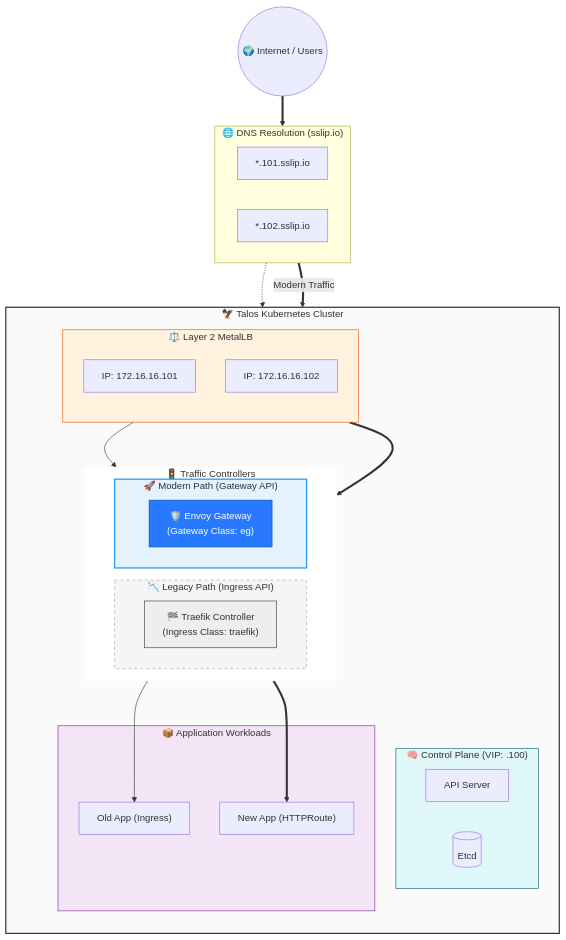
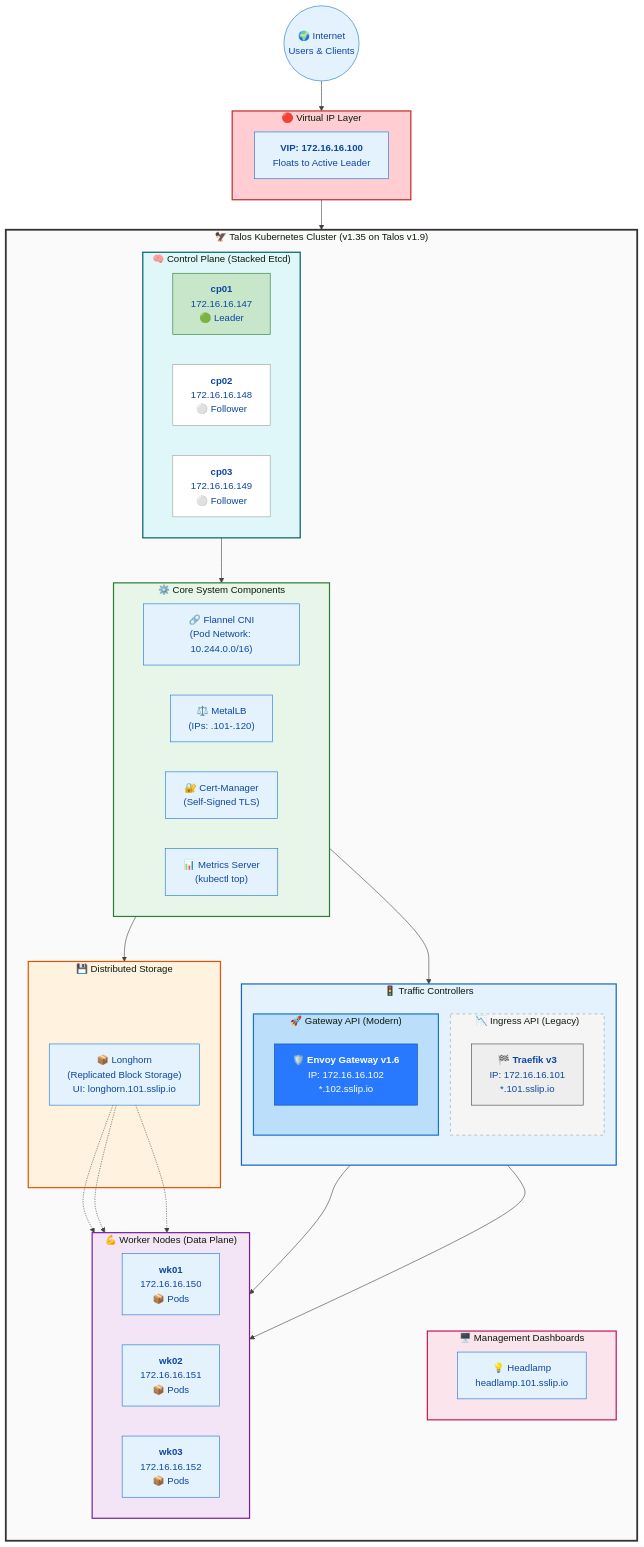
The diagram in readme.md (engabelal/kubernetes-ha-talos), drawn with Mermaid before and after one commit. The commit also changed other lines of this file and 2 other files, not shown here.

Commit message:
docs: premium architecture diagrams, polished documentation, and add .gitignore

````diff
--- a/readme.md
+++ b/readme.md
@@ -85,70 +86,114 @@
 ```mermaid
-graph TD
-    %% Users and DNS
-    user(("🌍 Internet / Users"))
+%%{init: {'theme': 'base', 'themeVariables': { 'primaryColor': '#e3f2fd', 'primaryTextColor': '#0d47a1', 'primaryBorderColor': '#1976d2', 'lineColor': '#424242', 'secondaryColor': '#fff3e0', 'tertiaryColor': '#f3e5f5'}}}%%
 
-    subgraph DNS ["🌐 DNS Resolution (sslip.io)"]
-        direction LR
-        dns_legacy["*.101.sslip.io"]
-        dns_modern["*.102.sslip.io"]
+graph TB
+    %% ═══════════════════════════════════════════════════════════════════════
+    %% EXTERNAL LAYER
+    %% ═══════════════════════════════════════════════════════════════════════
+    user(("🌍 Internet<br/>Users & Clients"))
+
+    subgraph VIP_LAYER ["🔴 Virtual IP Layer"]
+        vip["<b>VIP: 172.16.16.100</b><br/>Floats to Active Leader"]
     end
 
-    %% Network Entry
-    subgraph Cluster ["🦅 Talos Kubernetes Cluster"]
+    %% ═══════════════════════════════════════════════════════════════════════
+    %% CONTROL PLANE
+    %% ═══════════════════════════════════════════════════════════════════════
+    subgraph CLUSTER ["🦅 Talos Kubernetes Cluster (v1.35 on Talos v1.9)"]
         direction TB
 
-        %% Control Plane
-        subgraph CP ["🧠 Control Plane (VIP: .100)"]
-            api["API Server"]
-            etcd[("Etcd")]
+        subgraph CP ["🧠 Control Plane (Stacked Etcd)"]
+            direction LR
+            cp1["<b>cp01</b><br/>172.16.16.147<br/>🟢 Leader"]
+            cp2["<b>cp02</b><br/>172.16.16.148<br/>⚪ Follower"]
+            cp3["<b>cp03</b><br/>172.16.16.149<br/>⚪ Follower"]
         end
 
-        %% Layer 2 Load Balancing
-        subgraph L2 ["⚖️ Layer 2 MetalLB"]
-            direction TB
-            ip_traefik["IP: 172.16.16.101"]
-            ip_envoy["IP: 172.16.16.102"]
+        %% ═══════════════════════════════════════════════════════════════════
+        %% SYSTEM COMPONENTS
+        %% ═══════════════════════════════════════════════════════════════════
+        subgraph SYSTEM ["⚙️ Core System Components"]
+            direction LR
+            flannel["🔗 Flannel CNI<br/>(Pod Network: 10.244.0.0/16)"]
+            metallb["⚖️ MetalLB<br/>(IPs: .101-.120)"]
+            certmgr["🔐 Cert-Manager<br/>(Self-Signed TLS)"]
+            metrics["📊 Metrics Server<br/>(kubectl top)"]
         end
 
-        %% Layer 7 Routing (The Core Request)
-        subgraph L7 ["🚦 Traffic Controllers"]
-            direction LR
+        %% ═══════════════════════════════════════════════════════════════════
+        %% STORAGE
+        %% ═══════════════════════════════════════════════════════════════════
+        subgraph STORAGE ["💾 Distributed Storage"]
+            longhorn["📦 Longhorn<br/>(Replicated Block Storage)<br/>UI: longhorn.101.sslip.io"]
+        end
 
-            subgraph Path1 ["📉 Legacy Path (Ingress API)"]
-                style Path1 fill:#f5f5f5,stroke:#9e9e9e,stroke-dasharray: 5 5
-                traefik["🏁 Traefik Controller<br/>(Ingress Class: traefik)"]
+        %% ═══════════════════════════════════════════════════════════════════
+        %% TRAFFIC CONTROLLERS
+        %% ═══════════════════════════════════════════════════════════════════
+        subgraph INGRESS ["🚦 Traffic Controllers"]
+            direction TB
+
+            subgraph INGRESS_API ["📉 Ingress API (Legacy)"]
+                traefik["🏁 <b>Traefik v3</b><br/>IP: 172.16.16.101<br/>*.101.sslip.io"]
             end
 
-            subgraph Path2 ["🚀 Modern Path (Gateway API)"]
-                style Path2 fill:#e3f2fd,stroke:#2196f3,stroke-width:2px
-                envoy["🛡️ Envoy Gateway<br/>(Gateway Class: eg)"]
+            subgraph GATEWAY_API ["🚀 Gateway API (Modern)"]
+                envoy["🛡️ <b>Envoy Gateway v1.6</b><br/>IP: 172.16.16.102<br/>*.102.sslip.io"]
             end
         end
 
-        %% Workloads
-        subgraph Workloads ["📦 Application Workloads"]
-            app1["Old App (Ingress)"]
-            app2["New App (HTTPRoute)"]
+        %% ═══════════════════════════════════════════════════════════════════
+        %% DASHBOARDS
+        %% ═══════════════════════════════════════════════════════════════════
+        subgraph DASHBOARDS ["🖥️ Management Dashboards"]
+            headlamp["💡 Headlamp<br/>headlamp.101.sslip.io"]
+        end
+
+        %% ═══════════════════════════════════════════════════════════════════
+        %% WORKER NODES
+        %% ═══════════════════════════════════════════════════════════════════
+        subgraph WORKERS ["💪 Worker Nodes (Data Plane)"]
+            direction LR
+            wk1["<b>wk01</b><br/>172.16.16.150<br/>📦 Pods"]
+            wk2["<b>wk02</b><br/>172.16.16.151<br/>📦 Pods"]
+            wk3["<b>wk03</b><br/>172.16.16.152<br/>📦 Pods"]
         end
     end
 
-    %% Connections
-    user ==> DNS
-    dns_legacy -.-> ip_traefik
-    dns_modern == "Modern Traffic" ==> ip_envoy
+    %% ═══════════════════════════════════════════════════════════════════════
+    %% CONNECTIONS
+    %% ═══════════════════════════════════════════════════════════════════════
+    user --> VIP_LAYER
+    VIP_LAYER --> CP
 
-    ip_traefik --> traefik
-    ip_envoy ==> envoy
+    CP --> SYSTEM
+    SYSTEM --> STORAGE
+    SYSTEM --> INGRESS
 
-    traefik --> app1
-    envoy ==> app2
+    traefik --> WORKERS
+    envoy --> WORKERS
 
-    %% Styling
-    style Cluster fill:#fafafa,stroke:#333,stroke-width:2px
-    style CP fill:#e0f7fa,stroke:#006064
-    style L2 fill:#fff3e0,stroke:#e65100
-    style L7 fill:#fff,stroke:#fff
-    style traefik fill:#eee,stroke:#333
+    longhorn -.-> wk1
+    longhorn -.-> wk2
+    longhorn -.-> wk3
+
+    %% ═══════════════════════════════════════════════════════════════════════
+    %% STYLING
+    %% ═══════════════════════════════════════════════════════════════════════
+    style CLUSTER fill:#fafafa,stroke:#333,stroke-width:3px
+    style CP fill:#e0f7fa,stroke:#006064,stroke-width:2px
+    style WORKERS fill:#f3e5f5,stroke:#7b1fa2,stroke-width:2px
+    style SYSTEM fill:#e8f5e9,stroke:#2e7d32,stroke-width:2px
+    style STORAGE fill:#fff3e0,stroke:#e65100,stroke-width:2px
+    style INGRESS fill:#e3f2fd,stroke:#1565c0,stroke-width:2px
+    style INGRESS_API fill:#f5f5f5,stroke:#9e9e9e,stroke-dasharray: 5 5
+    style GATEWAY_API fill:#bbdefb,stroke:#1976d2,stroke-width:2px
+    style DASHBOARDS fill:#fce4ec,stroke:#c2185b,stroke-width:2px
+    style VIP_LAYER fill:#ffcdd2,stroke:#c62828,stroke-width:2px
+
+    style cp1 fill:#c8e6c9,stroke:#2e7d32
+    style cp2 fill:#fff,stroke:#9e9e9e
+    style cp3 fill:#fff,stroke:#9e9e9e
+    style traefik fill:#eee,stroke:#424242
     style envoy fill:#2979ff,stroke:#0d47a1,color:#fff
-    style Workloads fill:#f3e5f5,stroke:#7b1fa2
 ```
````
